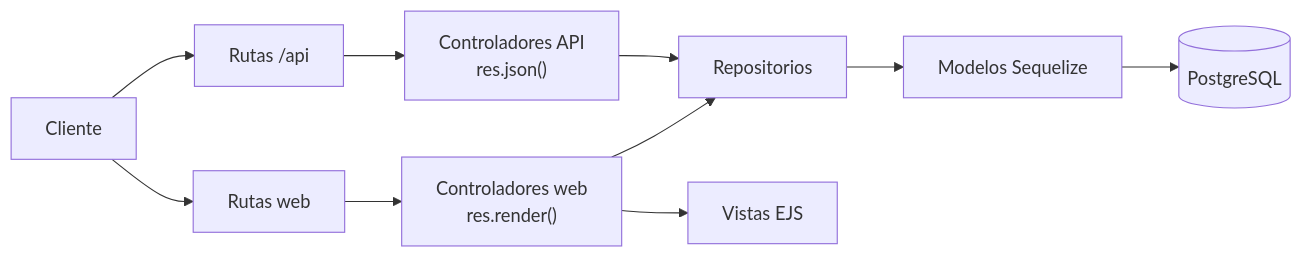
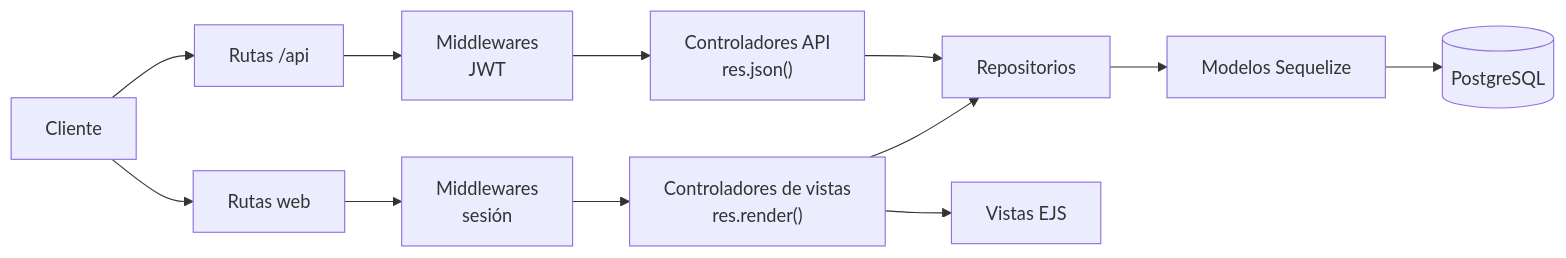
Before and after one commit to LdMe/backend_superheroes_segunda: the first of 7 diagrams in docs/memoria.md, drawn with Mermaid. The commit also changed other lines of this file and 19 other files, not shown here.

````diff
--- a/docs/memoria.md
+++ b/docs/memoria.md
@@ -66,12 +72,14 @@
 ```mermaid
 flowchart LR
     C[Cliente] --> RW[Rutas web]
     C --> RA[Rutas /api]
-    RW --> CW["Controladores web<br/>res.render()"]
-    RA --> CA["Controladores API<br/>res.json()"]
+    RW --> MW["Middlewares<br/>sesión"]
+    RA --> MA["Middlewares<br/>JWT"]
+    MW --> CW["Controladores de vistas<br/>res.render()"]
+    MA --> CA["Controladores API<br/>res.json()"]
     CW --> R[Repositorios]
     CA --> R
     R --> M[Modelos Sequelize]
     M --> DB[(PostgreSQL)]
     CW --> V[Vistas EJS]
 ```
````
